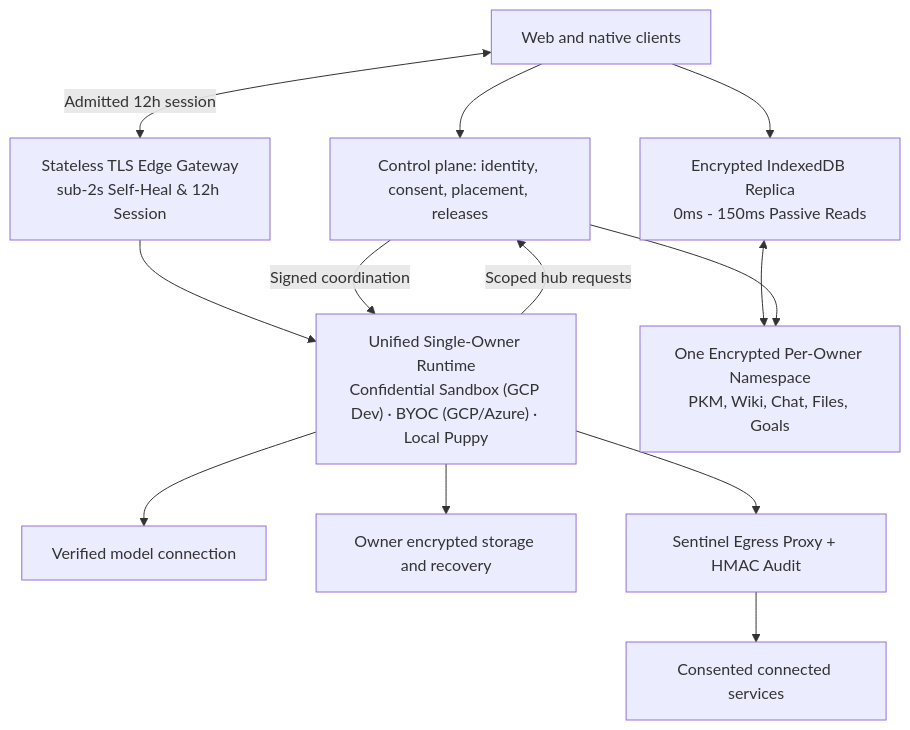
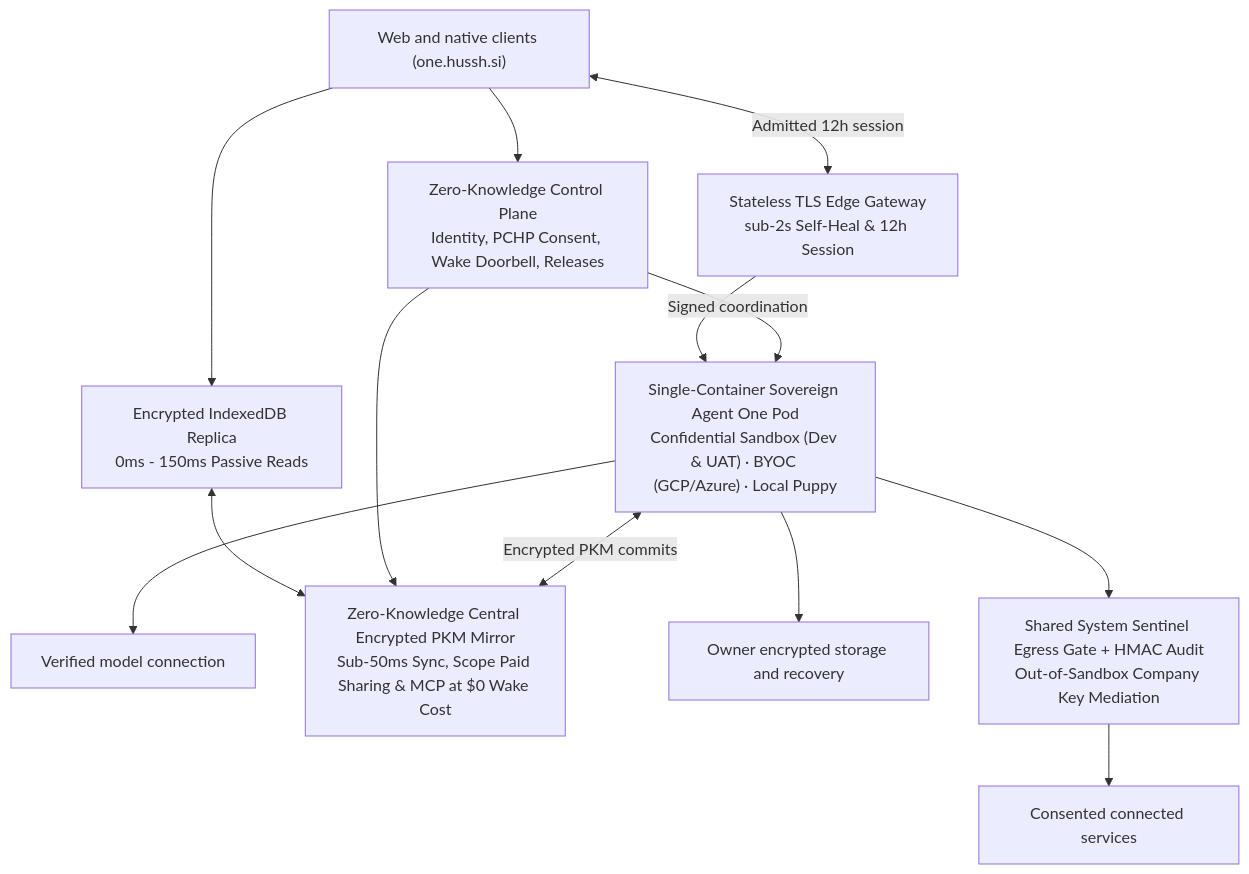
One commit to hushh-labs/hushh-research changed the diagram in docs/architecture/system.md. Above: the diagram before and after it, drawn with Mermaid. The commit also changed other lines of this file and 32 other files, not shown here.

First line of the commit message:
feat(one): unify hussh.si docs, shared Sentinel OAuth/Plaid gate, and in-pod Live Voice

````diff
--- a/docs/architecture/system.md
+++ b/docs/architecture/system.md
@@ -12,25 +12,25 @@
 ```mermaid
 flowchart TB
-  client["Web and native clients"]
+  client["Web and native clients (one.hussh.si)"]
   localCache["Encrypted IndexedDB Replica<br/>0ms - 150ms Passive Reads"]
-  control["Control plane: identity, consent, placement, releases"]
+  control["Zero-Knowledge Control Plane<br/>Identity, PCHP Consent, Wake Doorbell, Releases"]
   edge["Stateless TLS Edge Gateway<br/>sub-2s Self-Heal & 12h Session"]
-  private["Unified Single-Owner Runtime<br/>Confidential Sandbox (GCP Dev) · BYOC (GCP/Azure) · Local Puppy"]
+  private["Single-Container Sovereign Agent One Pod<br/>Confidential Sandbox (Dev & UAT) · BYOC (GCP/Azure) · Local Puppy"]
   model["Verified model connection"]
-  pkm["One Encrypted Per-Owner Namespace<br/>PKM, Wiki, Chat, Files, Goals"]
+  pkm["Zero-Knowledge Central Encrypted PKM Mirror<br/>Sub-50ms Sync, Scope Paid Sharing & MCP at $0 Wake Cost"]
   storage["Owner encrypted storage and recovery"]
-  sentinel["Sentinel Egress Proxy + HMAC Audit"]
+  sentinel["Shared System Sentinel Egress Gate + HMAC Audit<br/>Out-of-Sandbox Company Key Mediation"]
   services["Consented connected services"]
   client --> control
   client --> localCache
   localCache <--> pkm
   client <-->|Admitted 12h session| edge
   edge --> private
   control -->|Signed coordination| private
   private --> model
   control --> pkm
-  private -->|Scoped hub requests| control
+  private <-->|Encrypted PKM commits| pkm
   private --> storage
   private --> sentinel
   sentinel --> services
 ```
````
